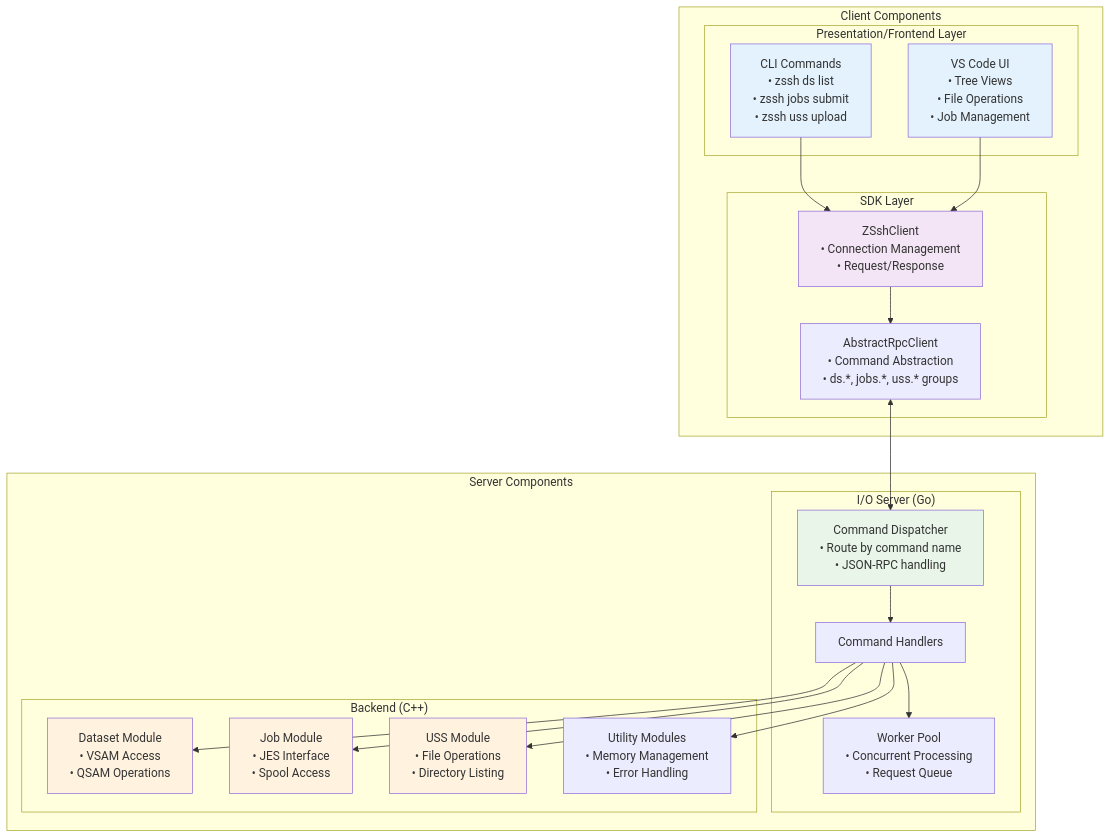
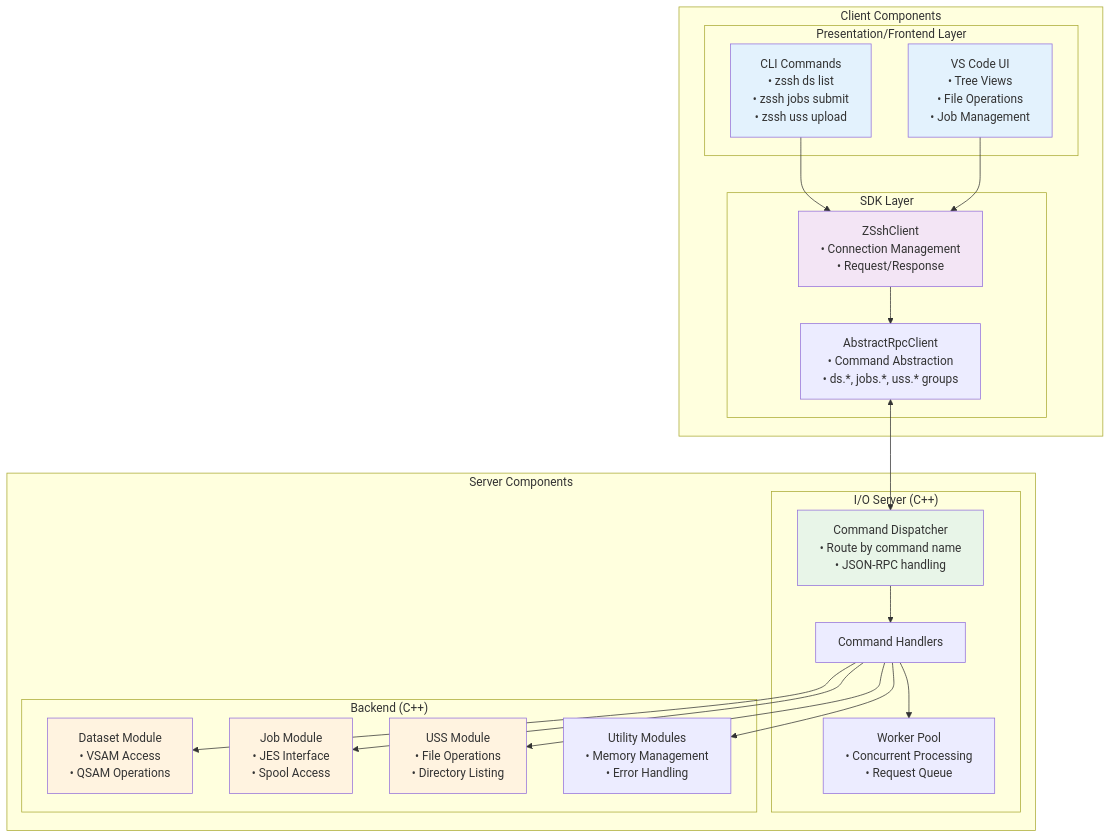
The fifth of 13 diagrams in doc/architecture-comparisons.md (zowe/zowe-native-proto), drawn with Mermaid before and after one commit. The commit also changed other lines of this file and 10 other files, not shown here.

````diff
--- a/doc/architecture-comparisons.md
+++ b/doc/architecture-comparisons.md
@@ -182,50 +182,50 @@
 ```mermaid
 graph TB
     subgraph "Client Components"
         subgraph "Presentation/Frontend Layer"
             CLI_CMD["CLI Commands<br/>• zssh ds list<br/>• zssh jobs submit<br/>• zssh uss upload"]
             VSC_UI["VS Code UI<br/>• Tree Views<br/>• File Operations<br/>• Job Management"]
         end
 
         subgraph "SDK Layer"
             ZSSH_CLIENT["ZSshClient<br/>• Connection Management<br/>• Request/Response"]
             RPC_CLIENT["AbstractRpcClient<br/>• Command Abstraction<br/>• ds.*, jobs.*, uss.* groups"]
         end
 
         CLI_CMD --> ZSSH_CLIENT
         VSC_UI --> ZSSH_CLIENT
         ZSSH_CLIENT --> RPC_CLIENT
     end
 
     subgraph "Server Components"
-        subgraph "I/O Server (Go)"
+        subgraph "I/O Server (C++)"
             DISPATCHER["Command Dispatcher<br/>• Route by command name<br/>• JSON-RPC handling"]
             HANDLERS["Command Handlers"]
             WORKER_POOL["Worker Pool<br/>• Concurrent Processing<br/>• Request Queue"]
         end
 
         subgraph "Backend (C++)"
             ZDS["Dataset Module<br/>• VSAM Access<br/>• QSAM Operations"]
             ZJB["Job Module<br/>• JES Interface<br/>• Spool Access"]
             ZUSF["USS Module<br/>• File Operations<br/>• Directory Listing"]
             ZUTIL["Utility Modules<br/>• Memory Management<br/>• Error Handling"]
         end
 
         DISPATCHER --> HANDLERS
         HANDLERS --> WORKER_POOL
         HANDLERS --> ZDS
         HANDLERS --> ZJB
         HANDLERS --> ZUSF
         HANDLERS --> ZUTIL
     end
 
     RPC_CLIENT <--> DISPATCHER
 
     style CLI_CMD fill:#e3f2fd
     style VSC_UI fill:#e3f2fd
     style ZSSH_CLIENT fill:#f3e5f5
     style DISPATCHER fill:#e8f5e8
     style ZDS fill:#fff3e0
     style ZJB fill:#fff3e0
     style ZUSF fill:#fff3e0
 ```
````
